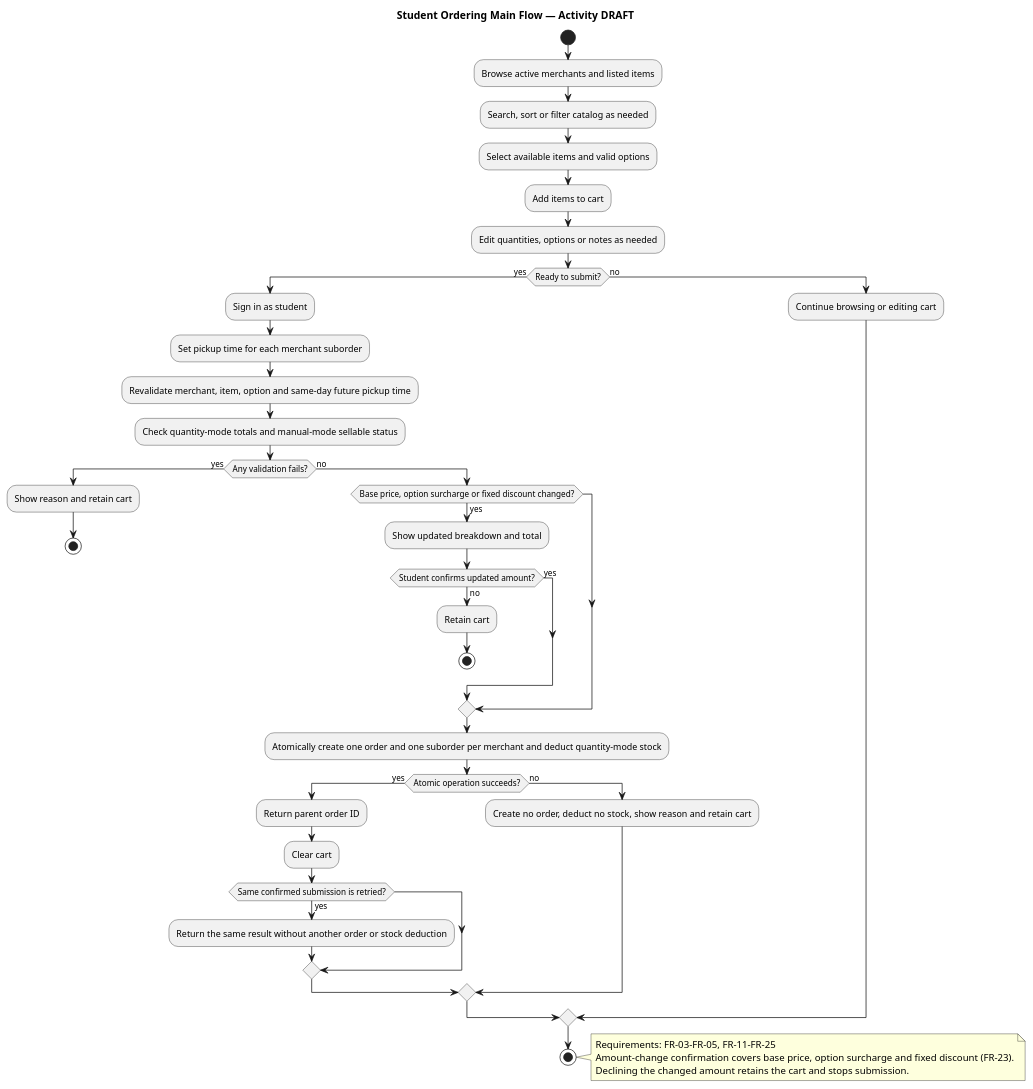
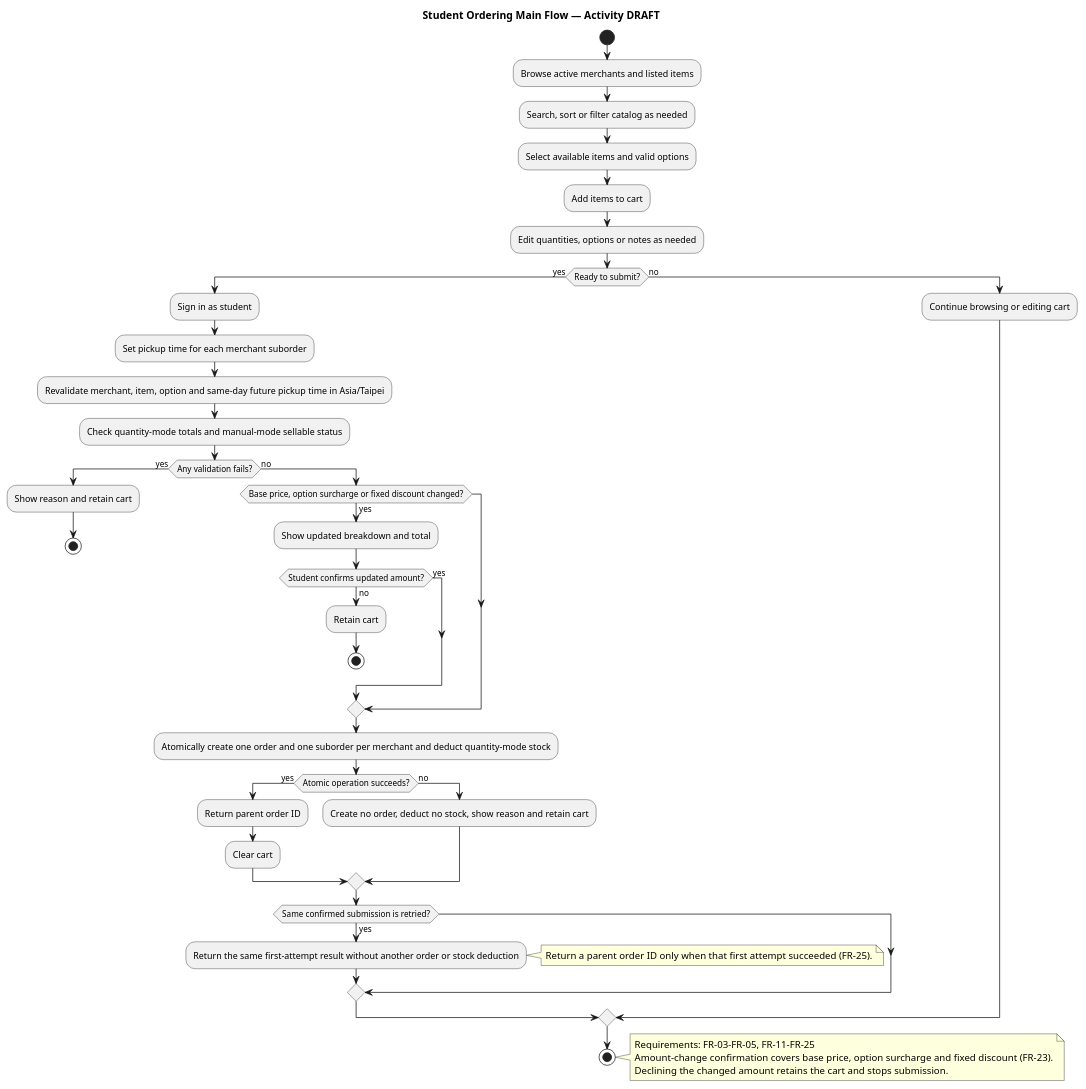
One commit to actcfx/CampusFoodOrderingSystem changed the diagram in specs/001-campus-ordering/uml/activity-order.puml. Above: the diagram before and after it, drawn with PlantUML. The commit also changed 8 other files, not shown here.

Commit message:
Docs: Fix UML round 2 findings and update G4 record

```diff
--- a/specs/001-campus-ordering/uml/activity-order.puml
+++ b/specs/001-campus-ordering/uml/activity-order.puml
@@ -1,47 +1,50 @@
 @startuml
 title Student Ordering Main Flow — Activity DRAFT
 start
 :Browse active merchants and listed items;
 :Search, sort or filter catalog as needed;
 :Select available items and valid options;
 :Add items to cart;
 :Edit quantities, options or notes as needed;
 if (Ready to submit?) then (yes)
   :Sign in as student;
   :Set pickup time for each merchant suborder;
-  :Revalidate merchant, item, option and same-day future pickup time;
+  :Revalidate merchant, item, option and same-day future pickup time in Asia/Taipei;
   :Check quantity-mode totals and manual-mode sellable status;
   if (Any validation fails?) then (yes)
     :Show reason and retain cart;
     stop
   else (no)
     if (Base price, option surcharge or fixed discount changed?) then (yes)
       :Show updated breakdown and total;
       if (Student confirms updated amount?) then (yes)
       else (no)
         :Retain cart;
         stop
       endif
     endif
     :Atomically create one order and one suborder per merchant and deduct quantity-mode stock;
     if (Atomic operation succeeds?) then (yes)
       :Return parent order ID;
       :Clear cart;
-      if (Same confirmed submission is retried?) then (yes)
-        :Return the same result without another order or stock deduction;
-      endif
     else (no)
       :Create no order, deduct no stock, show reason and retain cart;
+    endif
+    if (Same confirmed submission is retried?) then (yes)
+      :Return the same first-attempt result without another order or stock deduction;
+      note right
+        Return a parent order ID only when that first attempt succeeded (FR-25).
+      end note
     endif
   endif
 else (no)
   :Continue browsing or editing cart;
 endif
 stop
 
 note right
   Requirements: FR-03–FR-05, FR-11–FR-25
   Amount-change confirmation covers base price, option surcharge and fixed discount (FR-23).
   Declining the changed amount retains the cart and stops submission.
 end note
 @enduml
```
